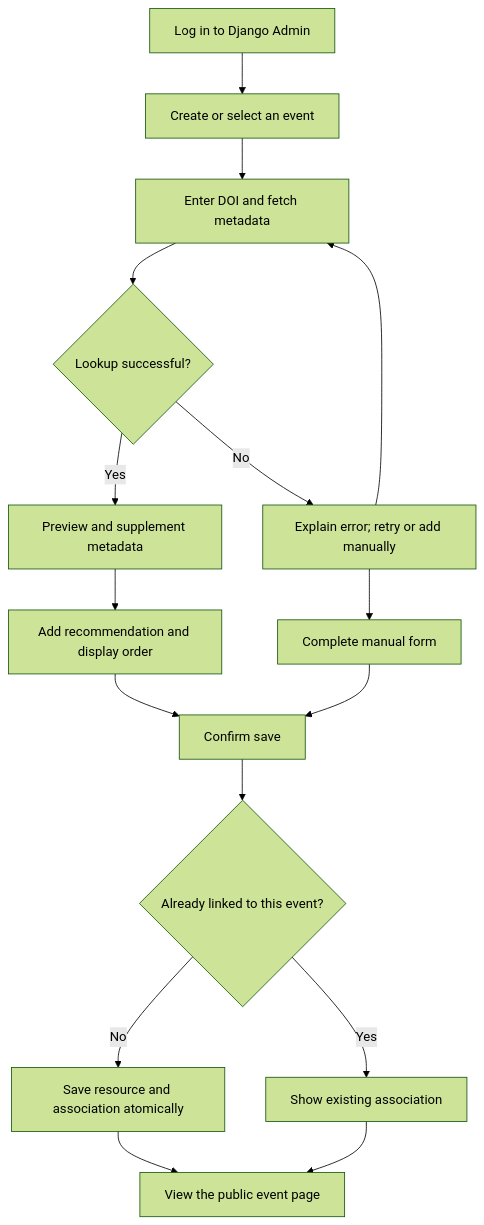
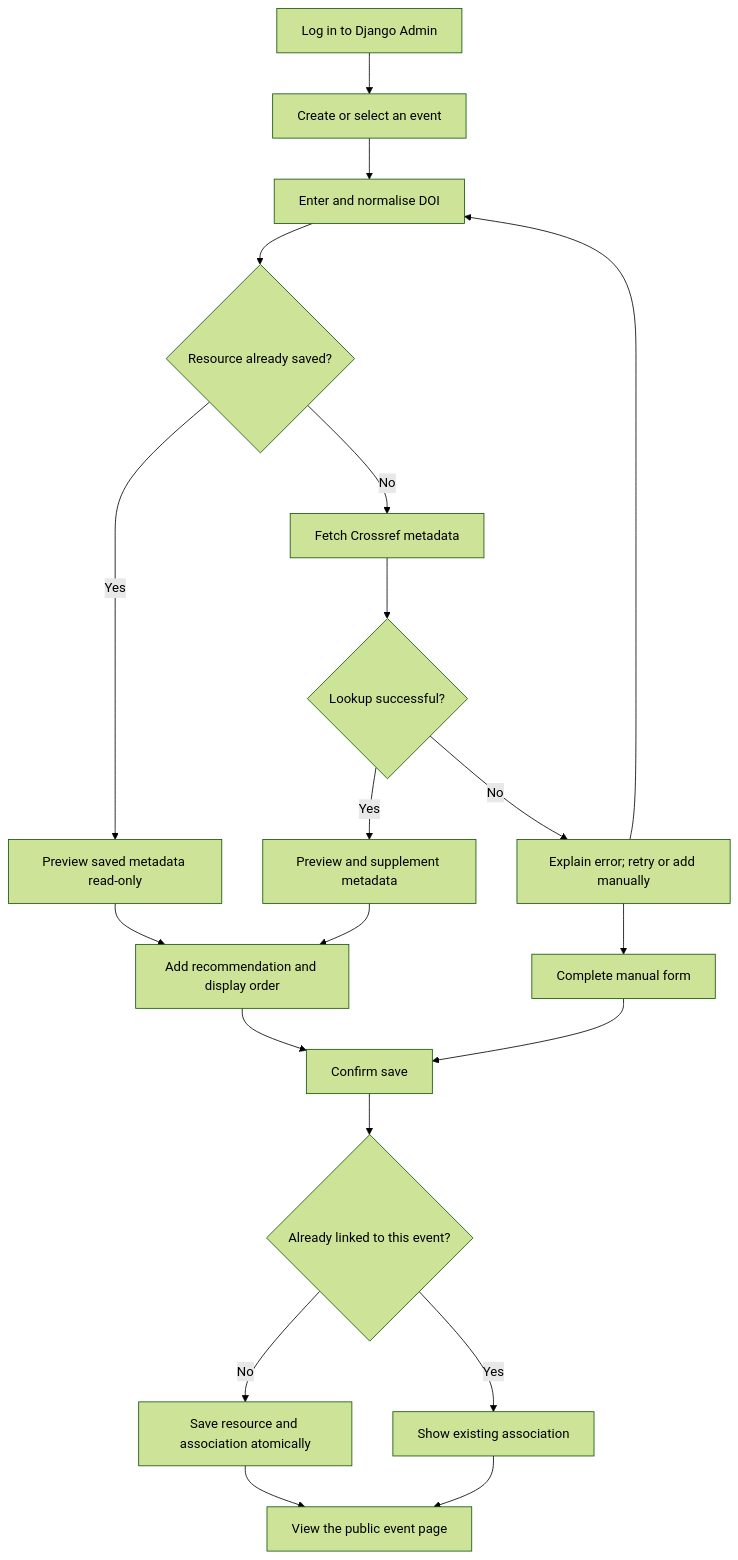
One commit to 1uxury/psych-talk-hub changed the second of 2 diagrams in memory-bank/design-document.md. Above: the diagram before and after it, drawn with Mermaid (forest theme). The commit also changed other lines of this file and 43 other files, not shown here.

````diff
--- a/memory-bank/design-document.md
+++ b/memory-bank/design-document.md
@@ -206,18 +227,22 @@
 ```mermaid
 flowchart TD
     A[Log in to Django Admin] --> B[Create or select an event]
-    B --> C[Enter DOI and fetch metadata]
-    C --> D{Lookup successful?}
+    B --> C[Enter and normalise DOI]
+    C --> X{Resource already saved?}
+    X -->|Yes| Y[Preview saved metadata read-only]
+    Y --> G[Add recommendation and display order]
+    X -->|No| N[Fetch Crossref metadata]
+    N --> D{Lookup successful?}
     D -->|No| E[Explain error; retry or add manually]
     E --> C
     E --> M[Complete manual form]
     D -->|Yes| F[Preview and supplement metadata]
-    F --> G[Add recommendation and display order]
+    F --> G
     G --> H[Confirm save]
     M --> H
     H --> I{Already linked to this event?}
     I -->|Yes| J[Show existing association]
     I -->|No| K[Save resource and association atomically]
     K --> L[View the public event page]
     J --> L
 ```
````
